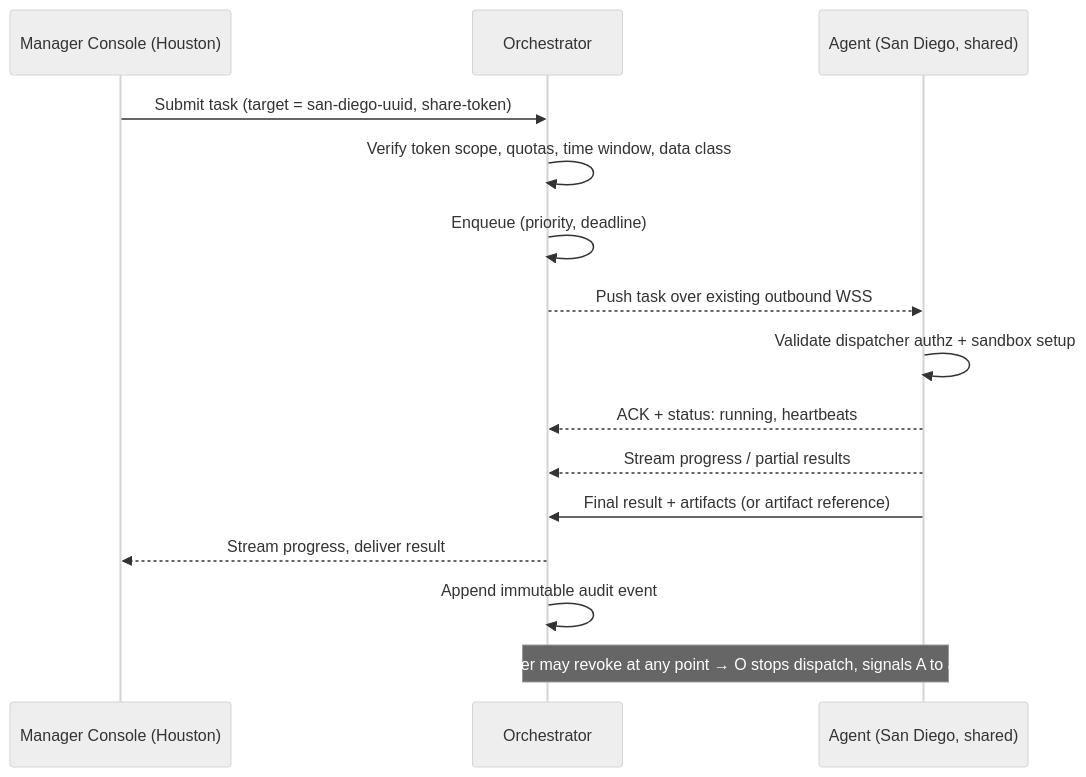
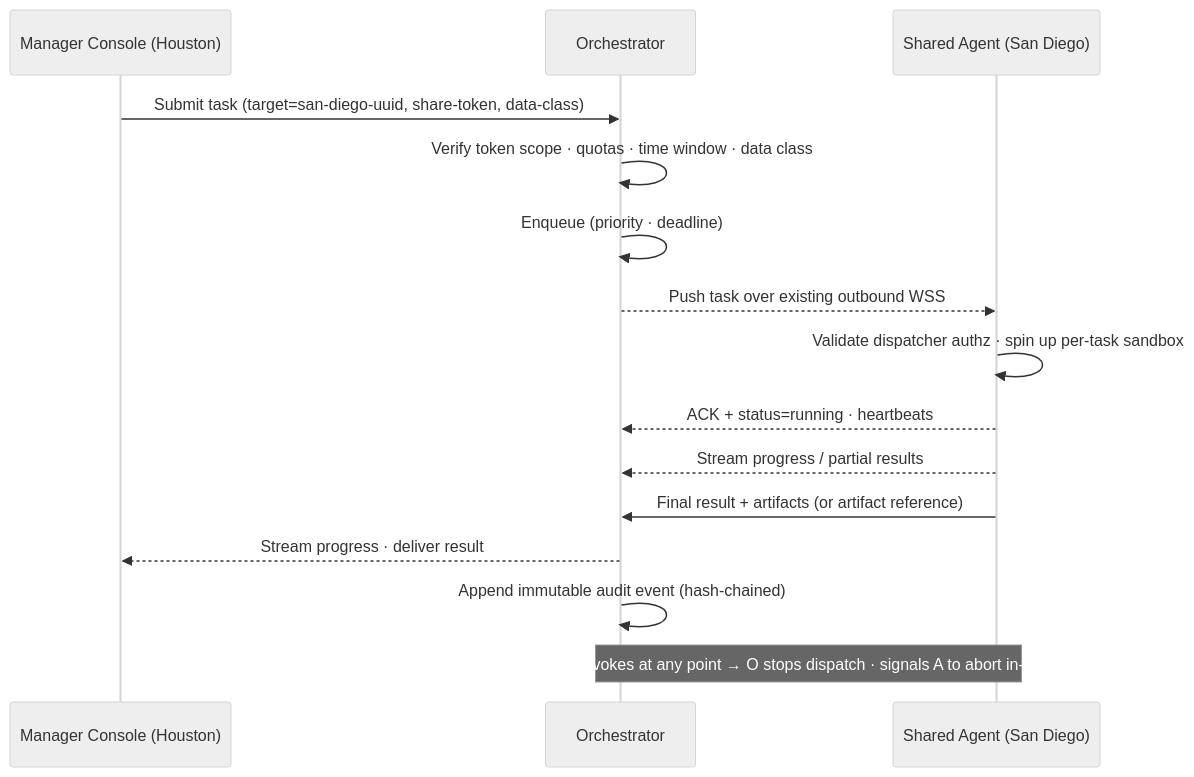
Before and after one commit to jnowat/gruper: the second of 4 diagrams in GruperDistributedSpec.md, drawn with Mermaid (neutral theme). The commit also changed other lines of this file, not shown here.

````diff
--- a/GruperDistributedSpec.md
+++ b/GruperDistributedSpec.md
@@ -169,17 +194,18 @@
 ```mermaid
 sequenceDiagram
     participant M as Manager Console (Houston)
     participant O as Orchestrator
-    participant A as Agent (San Diego, shared)
-    M->>O: Submit task (target = san-diego-uuid, share-token)
-    O->>O: Verify token scope, quotas, time window, data class
-    O->>O: Enqueue (priority, deadline)
+    participant A as Shared Agent (San Diego)
+
+    M->>O: Submit task (target=san-diego-uuid, share-token, data-class)
+    O->>O: Verify token scope · quotas · time window · data class
+    O->>O: Enqueue (priority · deadline)
     O-->>A: Push task over existing outbound WSS
-    A->>A: Validate dispatcher authz + sandbox setup
-    A-->>O: ACK + status: running, heartbeats
+    A->>A: Validate dispatcher authz · spin up per-task sandbox
+    A-->>O: ACK + status=running · heartbeats
     A-->>O: Stream progress / partial results
     A->>O: Final result + artifacts (or artifact reference)
-    O-->>M: Stream progress, deliver result
-    O->>O: Append immutable audit event
-    Note over O,A: Owner may revoke at any point → O stops dispatch, signals A to abort
+    O-->>M: Stream progress · deliver result
+    O->>O: Append immutable audit event (hash-chained)
+    Note over O,A: Owner revokes at any point → O stops dispatch · signals A to abort in-flight task
 ```
````
